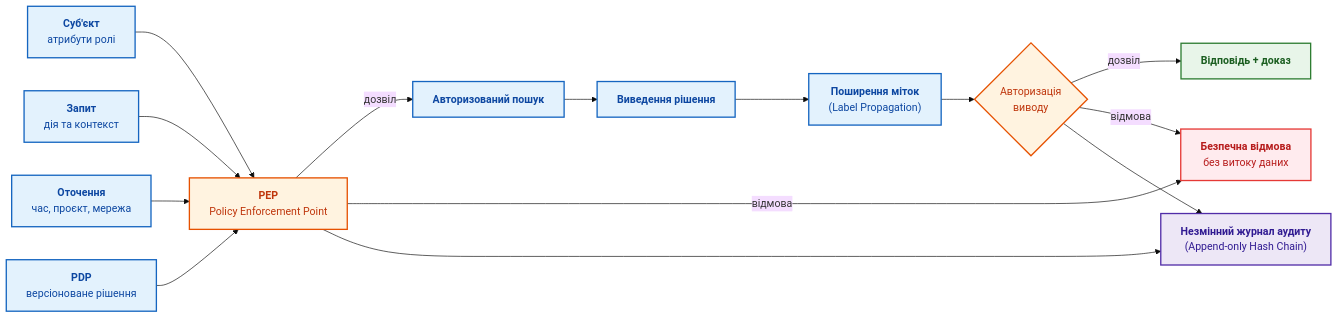
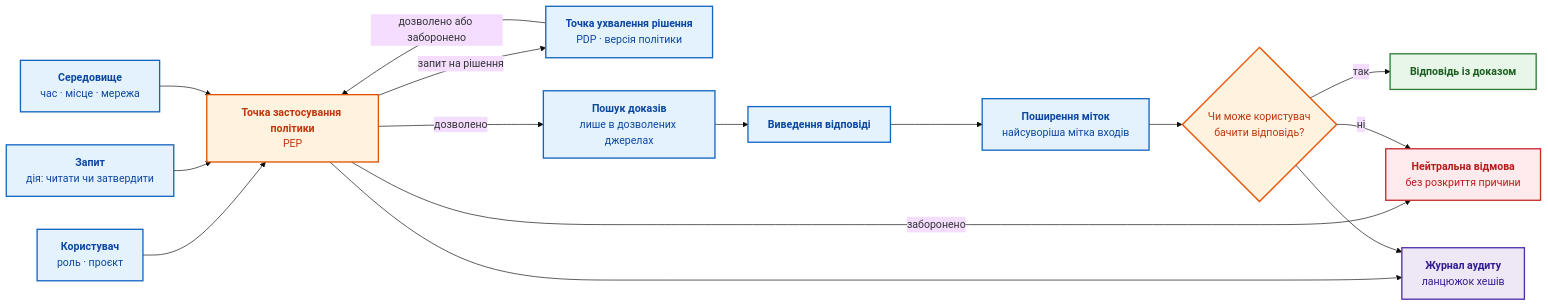
One commit to nick-fedchik/articles changed the sixth of 7 diagrams in ExpertSystem/ch02-epistemology-of-machine-knowledge.md. Above: the diagram before and after it, drawn with Mermaid (base theme). The commit also changed other lines of this file, not shown here.

````diff
--- a/ExpertSystem/ch02-epistemology-of-machine-knowledge.md
+++ b/ExpertSystem/ch02-epistemology-of-machine-knowledge.md
@@ -546,31 +730,32 @@
 ```mermaid
 flowchart LR
-    accTitle: Контур авторизації ABAC та поширення міток безпеки
-    accDescr: Перевірка прав суб'єкта, запиту та оточення через PEP/PDP із поширенням міток секретності на похідні відповіді та аудит.
+    accTitle: Перевірка доступу й поширення міток у відповіді
+    accDescr: Точка застосування політики отримує атрибути користувача, запиту й середовища, питає рішення в точки ухвалення рішення, пропускає пошук лише в дозволених джерелах, а перед видачею перевіряє мітку відповіді. Усі рішення записують у журнал аудиту.
 
-    USER["<b>Суб'єкт</b><br/>атрибути ролі"] --> PEP["<b>PEP</b><br/>Policy Enforcement Point"]
-    QUERY["<b>Запит</b><br/>дія та контекст"] --> PEP
-    ENV["<b>Оточення</b><br/>час, проєкт, мережа"] --> PEP
-    PDP["<b>PDP</b><br/>версіоноване рішення"] --> PEP
-    PEP -->|"дозвіл"| RET["<b>Авторизований пошук</b>"]
-    PEP -->|"відмова"| SAFE["<b>Безпечна відмова</b><br/>без витоку даних"]
-    RET --> DER["<b>Виведення рішення</b>"]
-    DER --> LAB["<b>Поширення міток</b><br/>(Label Propagation)"]
-    LAB --> OUT{"Авторизація<br/>виводу"}
-    OUT -->|"дозвіл"| ANSWER["<b>Відповідь + доказ</b>"]
-    OUT -->|"відмова"| SAFE
-    PEP --> AUDIT["<b>Незмінний журнал аудиту</b><br/>(Append-only Hash Chain)"]
+    USER["<b>Користувач</b><br/>роль · проєкт"] --> PEP["<b>Точка застосування політики</b><br/>PEP"]
+    QUERY["<b>Запит</b><br/>дія: читати чи затвердити"] --> PEP
+    ENV["<b>Середовище</b><br/>час · місце · мережа"] --> PEP
+    PEP -->|"запит на рішення"| PDP["<b>Точка ухвалення рішення</b><br/>PDP · версія політики"]
+    PDP -->|"дозволено або заборонено"| PEP
+    PEP -->|"дозволено"| RET["<b>Пошук доказів</b><br/>лише в дозволених джерелах"]
+    PEP -->|"заборонено"| SAFE["<b>Нейтральна відмова</b><br/>без розкриття причини"]
+    RET --> DER["<b>Виведення відповіді</b>"]
+    DER --> LAB["<b>Поширення міток</b><br/>найсуворіша мітка входів"]
+    LAB --> OUT{"Чи може користувач<br/>бачити відповідь?"}
+    OUT -->|"так"| ANSWER["<b>Відповідь із доказом</b>"]
+    OUT -->|"ні"| SAFE
+    PEP --> AUDIT["<b>Журнал аудиту</b><br/>ланцюжок хешів"]
     OUT --> AUDIT
 
     classDef subj fill:#e3f2fd,stroke:#1565c0,stroke-width:2px,color:#0d47a1;
     classDef pep fill:#fff3e0,stroke:#e65100,stroke-width:2px,color:#bf360c;
-    classDef safe fill:#e8f5e9,stroke:#2e7d32,stroke-width:2px,color:#1b5e20;
-    classDef deny fill:#ffebee,stroke:#e53935,stroke-width:2px,color:#b71c1c;
+    classDef good fill:#e8f5e9,stroke:#2e7d32,stroke-width:2px,color:#1b5e20;
+    classDef deny fill:#ffebee,stroke:#c62828,stroke-width:2px,color:#b71c1c;
     classDef audit fill:#ede7f6,stroke:#512da8,stroke-width:2px,color:#311b92;
 
     class USER,QUERY,ENV,PDP,RET,DER,LAB subj;
     class PEP,OUT pep;
-    class ANSWER safe;
+    class ANSWER good;
     class SAFE deny;
     class AUDIT audit;
 ```
````
